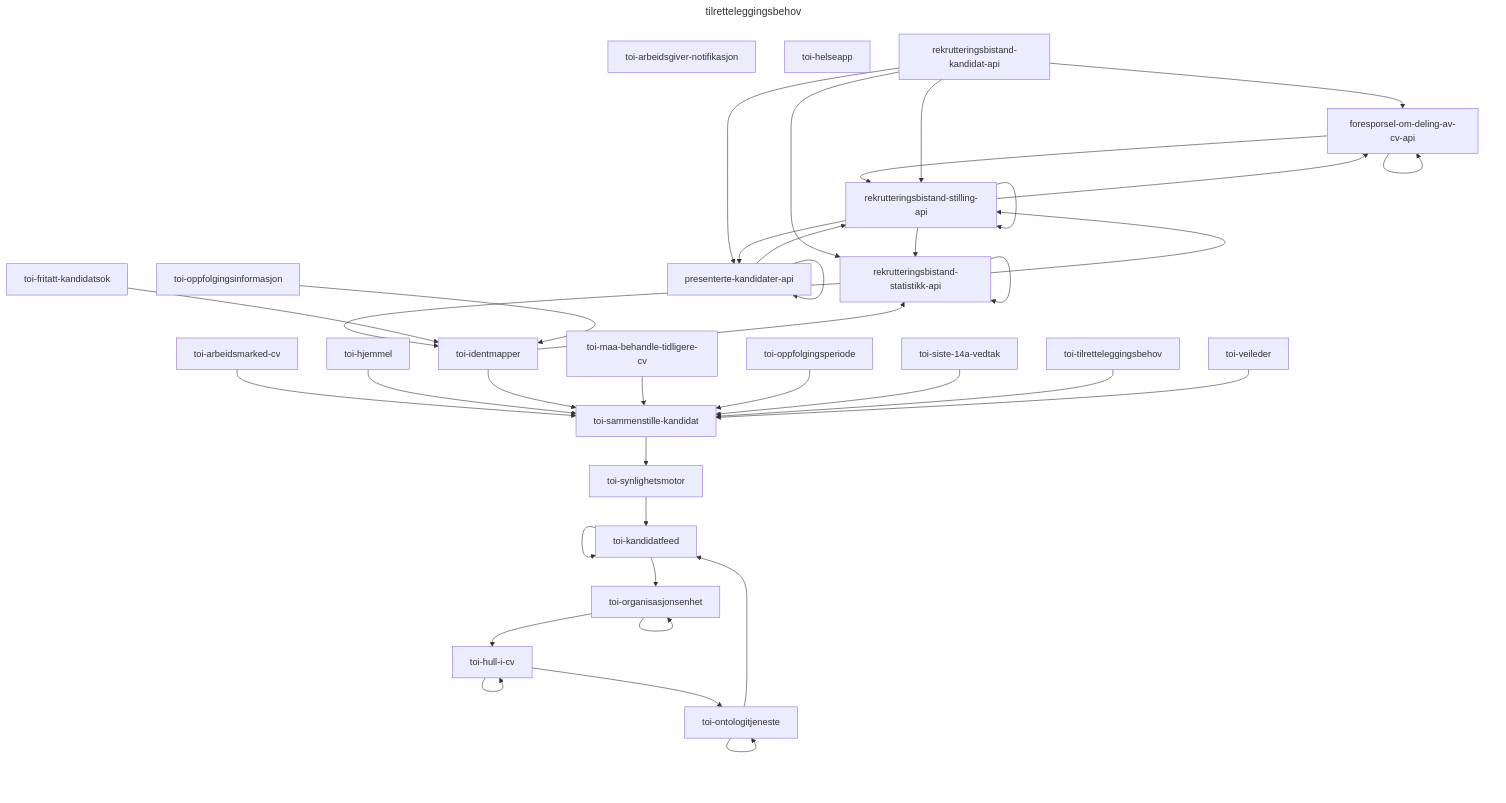
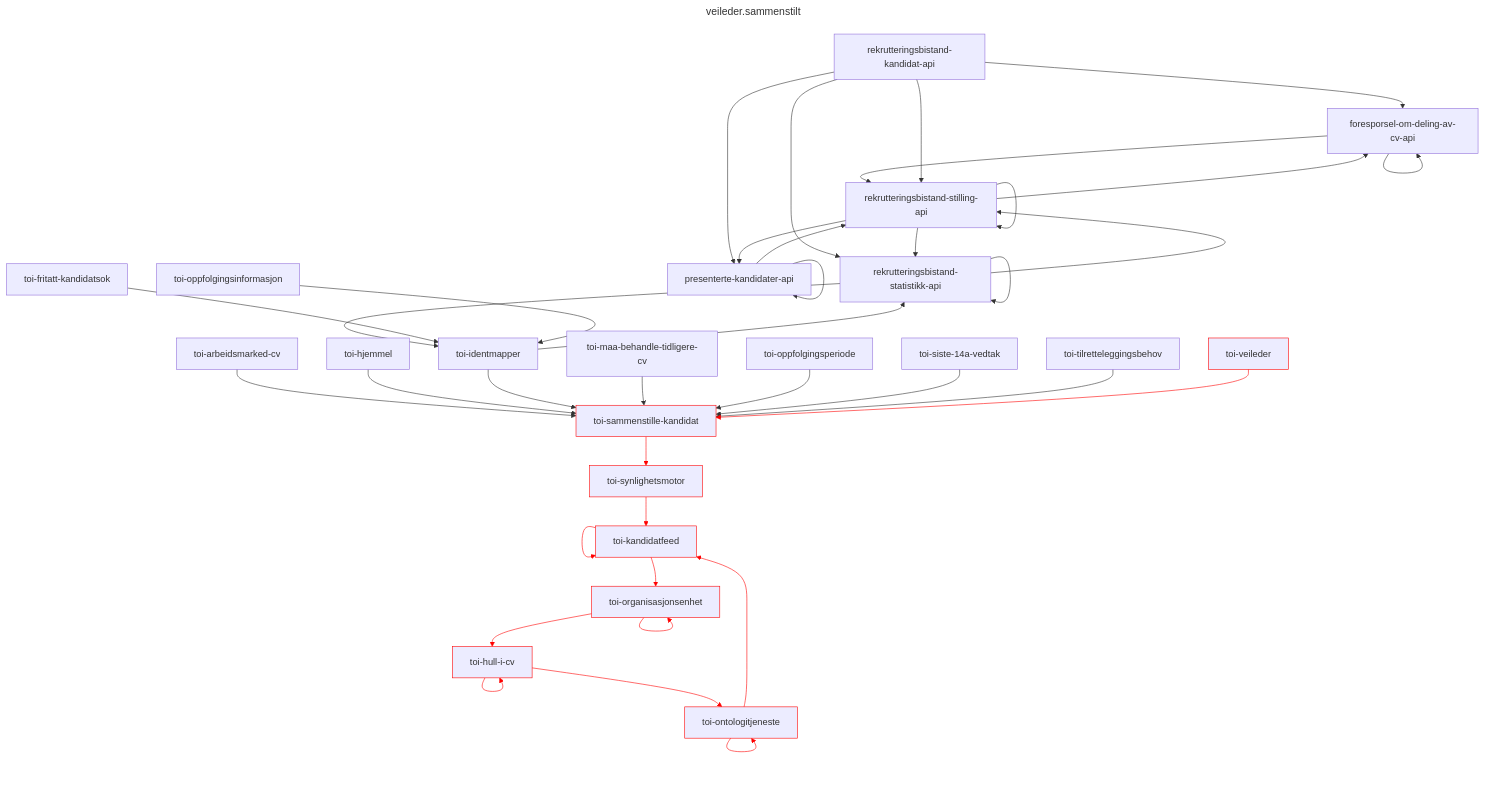
Before and after one commit to navikt/toi-rapids-and-rivers-grapher: diagram 11 of 34 in README.md, drawn with Mermaid. The commit also changed other lines of this file, not shown here.

````diff
--- a/README.md
+++ b/README.md
@@ -504,46 +446,45 @@
 ```mermaid
 ---
-title: tilretteleggingsbehov
+title: veileder.sammenstilt
 ---
 graph TD;
-toi-arbeidsgiver-notifikasjon;
-toi-helseapp;
 foresporsel-om-deling-av-cv-api --> foresporsel-om-deling-av-cv-api;
 foresporsel-om-deling-av-cv-api --> rekrutteringsbistand-stilling-api;
 presenterte-kandidater-api --> presenterte-kandidater-api;
 presenterte-kandidater-api --> rekrutteringsbistand-stilling-api;
 rekrutteringsbistand-kandidat-api --> foresporsel-om-deling-av-cv-api;
 rekrutteringsbistand-kandidat-api --> presenterte-kandidater-api;
 rekrutteringsbistand-kandidat-api --> rekrutteringsbistand-statistikk-api;
 rekrutteringsbistand-kandidat-api --> rekrutteringsbistand-stilling-api;
 rekrutteringsbistand-statistikk-api --> rekrutteringsbistand-statistikk-api;
 rekrutteringsbistand-statistikk-api --> rekrutteringsbistand-stilling-api;
 rekrutteringsbistand-statistikk-api --> toi-identmapper;
 rekrutteringsbistand-stilling-api --> foresporsel-om-deling-av-cv-api;
 rekrutteringsbistand-stilling-api --> presenterte-kandidater-api;
 rekrutteringsbistand-stilling-api --> rekrutteringsbistand-statistikk-api;
 rekrutteringsbistand-stilling-api --> rekrutteringsbistand-stilling-api;
 toi-arbeidsmarked-cv --> toi-sammenstille-kandidat;
 toi-fritatt-kandidatsok --> toi-identmapper;
 toi-hjemmel --> toi-sammenstille-kandidat;
-toi-hull-i-cv --> toi-hull-i-cv;
-toi-hull-i-cv --> toi-ontologitjeneste;
+toi-hull-i-cv:::x --> toi-hull-i-cv:::x;
+toi-hull-i-cv:::x --> toi-ontologitjeneste:::x;
 toi-identmapper --> rekrutteringsbistand-statistikk-api;
 toi-identmapper --> toi-sammenstille-kandidat;
-toi-kandidatfeed --> toi-kandidatfeed;
-toi-kandidatfeed --> toi-organisasjonsenhet;
+toi-kandidatfeed:::x --> toi-kandidatfeed:::x;
+toi-kandidatfeed:::x --> toi-organisasjonsenhet:::x;
 toi-maa-behandle-tidligere-cv --> toi-sammenstille-kandidat;
-toi-ontologitjeneste --> toi-kandidatfeed;
-toi-ontologitjeneste --> toi-ontologitjeneste;
+toi-ontologitjeneste:::x --> toi-kandidatfeed:::x;
+toi-ontologitjeneste:::x --> toi-ontologitjeneste:::x;
 toi-oppfolgingsinformasjon --> toi-identmapper;
 toi-oppfolgingsperiode --> toi-sammenstille-kandidat;
-toi-organisasjonsenhet --> toi-hull-i-cv;
-toi-organisasjonsenhet --> toi-organisasjonsenhet;
-toi-sammenstille-kandidat --> toi-synlighetsmotor;
+toi-organisasjonsenhet:::x --> toi-hull-i-cv:::x;
+toi-organisasjonsenhet:::x --> toi-organisasjonsenhet:::x;
+toi-sammenstille-kandidat:::x --> toi-synlighetsmotor:::x;
 toi-siste-14a-vedtak --> toi-sammenstille-kandidat;
-toi-synlighetsmotor --> toi-kandidatfeed;
+toi-synlighetsmotor:::x --> toi-kandidatfeed:::x;
 toi-tilretteleggingsbehov --> toi-sammenstille-kandidat;
-toi-veileder --> toi-sammenstille-kandidat;
+toi-veileder:::x --> toi-sammenstille-kandidat:::x;
 
-
+linkStyle 18,19,22,23,25,26,29,30,31,33,35 stroke:red;
+classDef x stroke: red;
 ```
````
